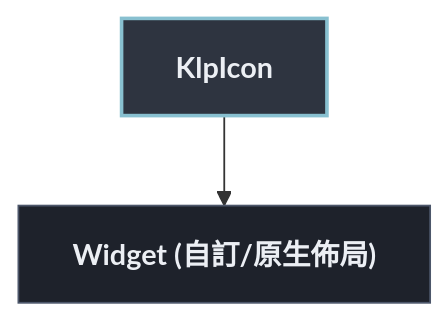
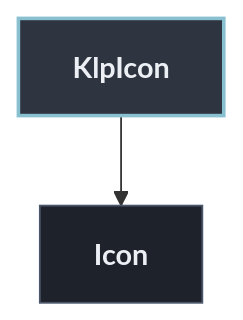
The diagram in docs/architecture/components/foundation/klp_icon.md (MiuDog/Kallopis), drawn with Mermaid before and after one commit. The commit also changed other lines of this file and 1105 other files, not shown here.

Commit message:
refactor: establish semantic design architecture

````diff
--- a/docs/architecture/components/foundation/klp_icon.md
+++ b/docs/architecture/components/foundation/klp_icon.md
@@ -13,11 +13,12 @@
 ```mermaid
 flowchart TD
   classDef default fill:#1E222B,stroke:#4C566A,stroke-width:1px,color:#ECEFF4;
   classDef root fill:#2E3440,stroke:#88C0D0,stroke-width:2px,color:#ECEFF4,font-weight:bold;
   classDef reference fill:#3B4252,stroke:#EBCB8B,stroke-width:1.5px,stroke-dasharray: 4 3,color:#EBCB8B;
   classDef container fill:#2E3440,stroke:#A3BE8C,stroke-width:1.5px,color:#A3BE8C;
   classDef slot fill:#2E3440,stroke:#D08770,stroke-width:1px,stroke-dasharray: 2 2,color:#D08770;
 
   root["KlpIcon"]:::root
-  root --> leaf["Widget (自訂/原生佈局)"]
+  n1["Icon"]
+  root --> n1
 ```
````
